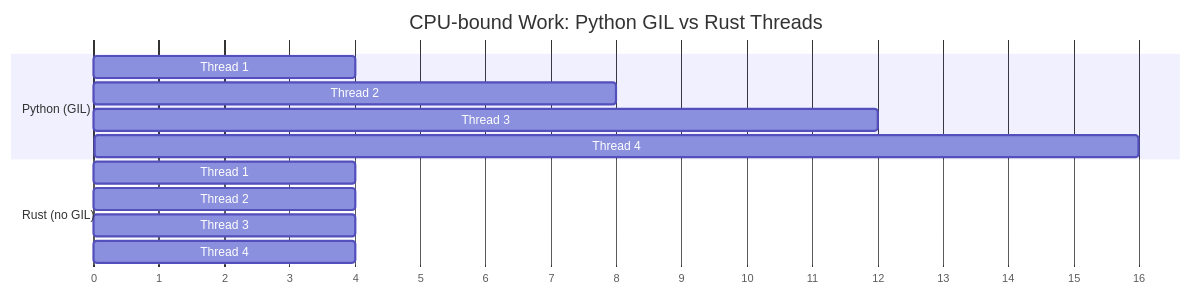
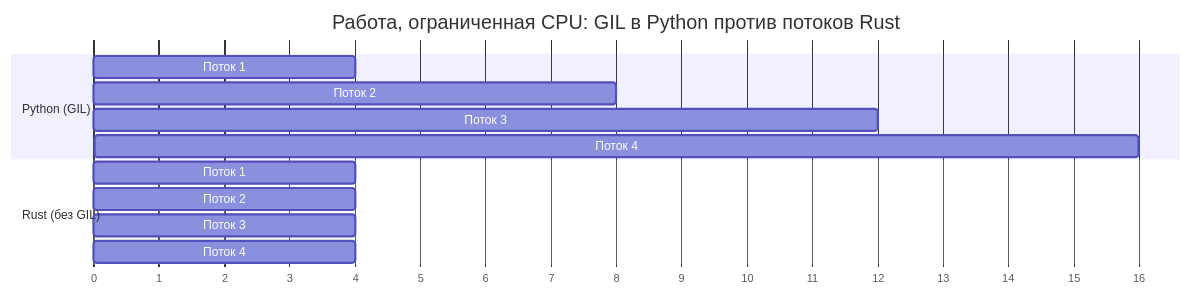
One commit to r007/RustTraining-Rus changed the diagram in python-book/src/ch13-concurrency.md. Above: the diagram before and after it, drawn with Mermaid. The commit also changed other lines of this file and 4 other files, not shown here.

````diff
--- a/python-book/src/ch13-concurrency.md
+++ b/python-book/src/ch13-concurrency.md
@@ -12,16 +9,16 @@
 ```mermaid
 gantt
-    title CPU-bound Work: Python GIL vs Rust Threads
+    title Работа, ограниченная CPU: GIL в Python против потоков Rust
     dateFormat X
     axisFormat %s
     section Python (GIL)
-        Thread 1 :a1, 0, 4
-        Thread 2 :a2, 4, 8
-        Thread 3 :a3, 8, 12
-        Thread 4 :a4, 12, 16
-    section Rust (no GIL)
-        Thread 1 :b1, 0, 4
-        Thread 2 :b2, 0, 4
-        Thread 3 :b3, 0, 4
-        Thread 4 :b4, 0, 4
+        Поток 1 :a1, 0, 4
+        Поток 2 :a2, 4, 8
+        Поток 3 :a3, 8, 12
+        Поток 4 :a4, 12, 16
+    section Rust (без GIL)
+        Поток 1 :b1, 0, 4
+        Поток 2 :b2, 0, 4
+        Поток 3 :b3, 0, 4
+        Поток 4 :b4, 0, 4
 ```
````
